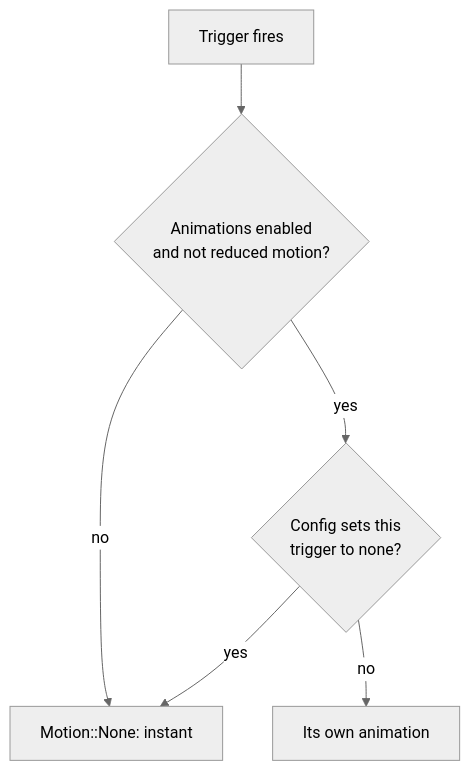
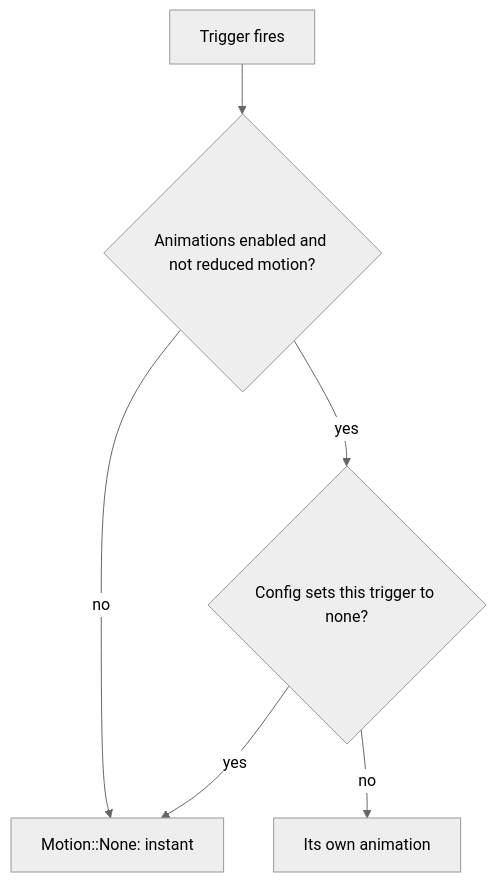
Before and after one commit to VaZark/iced-libadwaita: the first of 2 diagrams in docs/lib/motion.md, drawn with Mermaid (neutral theme). The commit also changed other lines of this file and 37 other files, not shown here.

````diff
--- a/docs/lib/motion.md
+++ b/docs/lib/motion.md
@@ -5,8 +5,8 @@
 ```mermaid
 flowchart TD
-    S["Trigger fires"] --> E{"Animations enabled<br/>and not reduced motion?"}
+    S["Trigger fires"] --> E{"Animations enabled and not reduced motion?"}
     E -- no --> None["Motion::None: instant"]
-    E -- yes --> C{"Config sets this<br/>trigger to none?"}
+    E -- yes --> C{"Config sets this trigger to none?"}
     C -- yes --> None
     C -- no --> An["Its own animation"]
 ```
````
